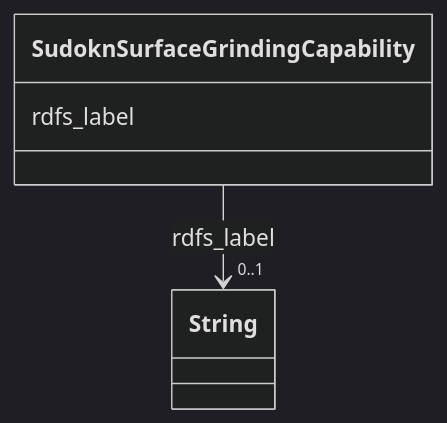
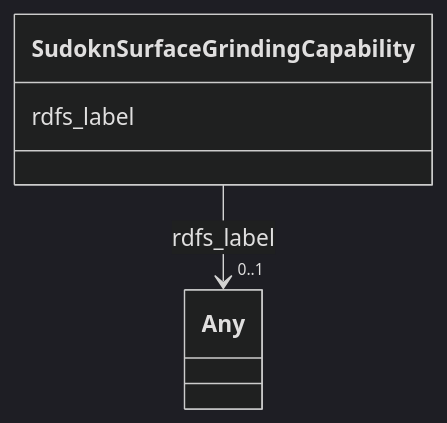
The diagram in sudokn-kg/classes/SudoknSurfaceGrindingCapability.md (frink-okn/graph-descriptions), drawn with Mermaid (dark theme) before and after one commit. The commit also changed other lines of this file and 903 other files, not shown here.

````diff
--- a/sudokn-kg/classes/SudoknSurfaceGrindingCapability.md
+++ b/sudokn-kg/classes/SudoknSurfaceGrindingCapability.md
@@ -23,15 +18,15 @@
 ```mermaid
  classDiagram
     class SudoknSurfaceGrindingCapability
     click SudoknSurfaceGrindingCapability href "../SudoknSurfaceGrindingCapability"
       SudoknSurfaceGrindingCapability : rdfs_label
         
           
     
     
-    SudoknSurfaceGrindingCapability --> "0..1" String : rdfs_label
-    click String href "../String"
+    SudoknSurfaceGrindingCapability --> "0..1" Any : rdfs_label
+    click Any href "../Any"
 
         
       
 ```
````
